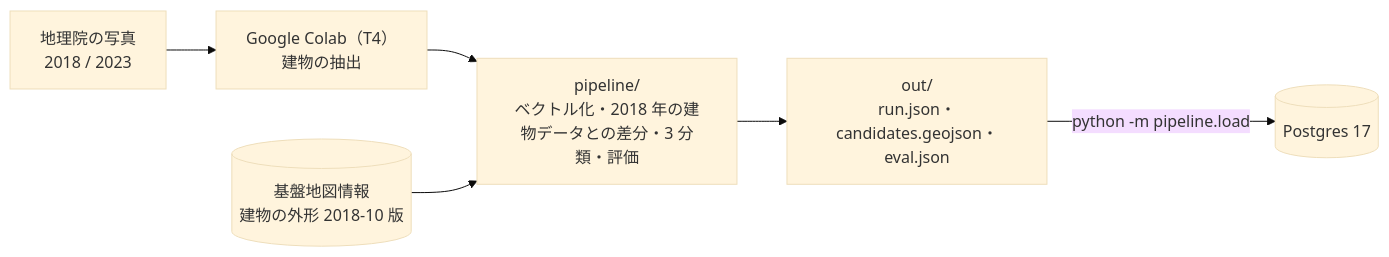
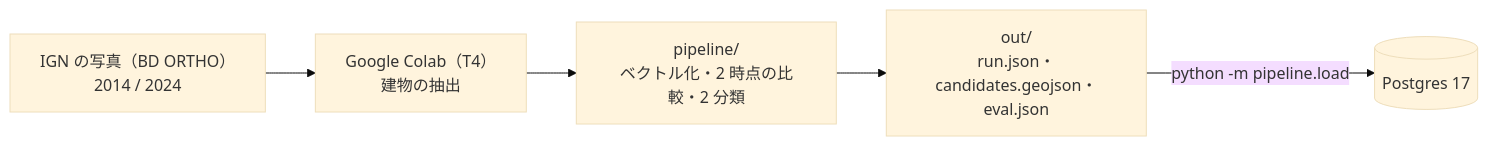
The second of 2 diagrams in README.ja.md (Starlight-Tree/TownScan), drawn with Mermaid (base theme) before and after one commit. The commit also changed other lines of this file and 125 other files, not shown here.

````diff
--- a/README.ja.md
+++ b/README.ja.md
@@ -41,8 +39,7 @@
 ```mermaid
 flowchart LR
-    P["地理院の写真<br/>2018 / 2023"] --> C["Google Colab（T4）<br/>建物の抽出"]
-    C --> PP["pipeline/<br/>ベクトル化・2018 年の建物データとの差分・3 分類・評価"]
-    K[("基盤地図情報<br/>建物の外形 2018-10 版")] --> PP
+    P["IGN の写真（BD ORTHO）<br/>2014 / 2024"] --> C["Google Colab（T4）<br/>建物の抽出"]
+    C --> PP["pipeline/<br/>ベクトル化・2 時点の比較・2 分類"]
     PP --> O["out/<br/>run.json・candidates.geojson・eval.json"]
     O -->|"python -m pipeline.load"| DB[("Postgres 17")]
 ```
````
